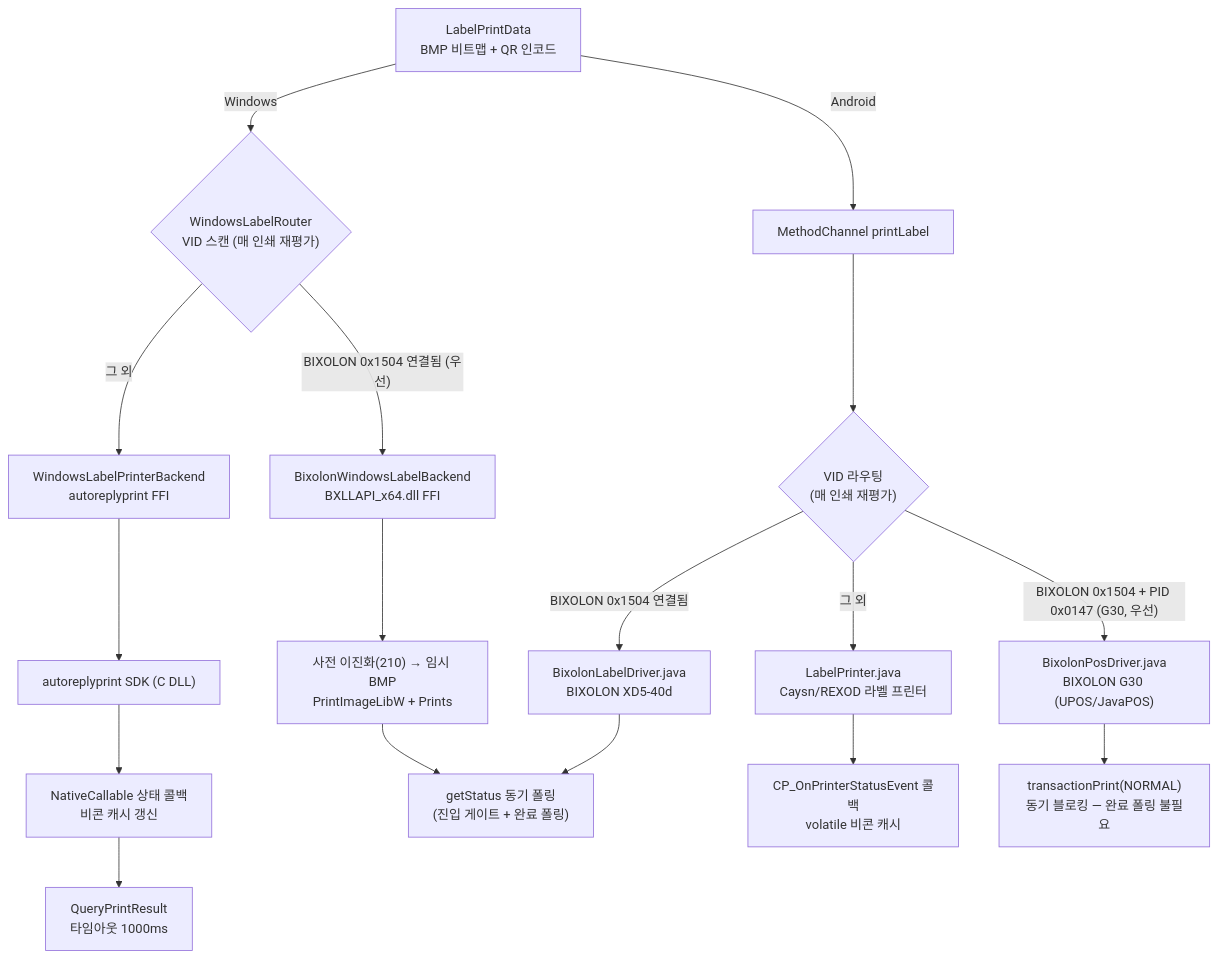
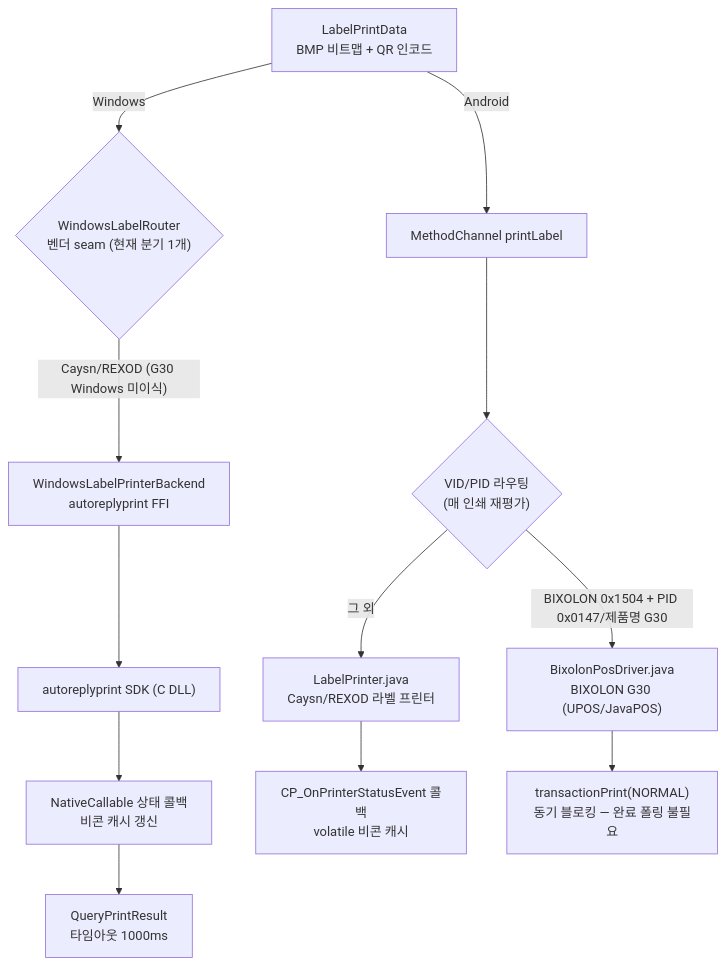
The third of 4 diagrams in docs/PRINTER_FLOW.md (waldlustpos/appfit_order_agent), drawn with Mermaid before and after one commit. The commit also changed other lines of this file and 37 other files, not shown here.

First line of the commit message:
refactor(print): BIXOLON XD5-40d 라벨프린터 지원 제거

````diff
--- a/docs/PRINTER_FLOW.md
+++ b/docs/PRINTER_FLOW.md
@@ -102,22 +102,17 @@
 ```mermaid
 flowchart TD
     LBL["LabelPrintData<br/>BMP 비트맵 + QR 인코드"]
-    LBL -->|Windows| WRT{"WindowsLabelRouter<br/>VID 스캔 (매 인쇄 재평가)"}
+    LBL -->|Windows| WRT{"WindowsLabelRouter<br/>벤더 seam (현재 분기 1개)"}
     LBL -->|Android| LMC["MethodChannel printLabel"]
 
-    WRT -->|"BIXOLON 0x1504 연결됨 (우선)"| BWB["BixolonWindowsLabelBackend<br/>BXLLAPI_x64.dll FFI"]
-    WRT -->|그 외| WB["WindowsLabelPrinterBackend<br/>autoreplyprint FFI"]
+    WRT -->|"Caysn/REXOD (G30 Windows 미이식)"| WB["WindowsLabelPrinterBackend<br/>autoreplyprint FFI"]
     WB --> FFI["autoreplyprint SDK (C DLL)"]
     FFI --> CB["NativeCallable 상태 콜백<br/>비콘 캐시 갱신"]
     CB --> QPR["QueryPrintResult<br/>타임아웃 1000ms"]
-    BWB --> BMP["사전 이진화(210) → 임시 BMP<br/>PrintImageLibW + Prints"]
-    BMP --> BST["CheckStatus 동기 폴링<br/>(진입 게이트 + 완료 폴링)"]
 
-    LMC --> RT{"VID 라우팅<br/>(매 인쇄 재평가)"}
-    RT -->|"BIXOLON 0x1504 + PID 0x0147 (G30, 우선)"| BPD["BixolonPosDriver.java<br/>BIXOLON G30 (UPOS/JavaPOS)"]
-    RT -->|"BIXOLON 0x1504 연결됨"| BXD["BixolonLabelDriver.java<br/>BIXOLON XD5-40d"]
+    LMC --> RT{"VID/PID 라우팅<br/>(매 인쇄 재평가)"}
+    RT -->|"BIXOLON 0x1504 + PID 0x0147/제품명 G30"| BPD["BixolonPosDriver.java<br/>BIXOLON G30 (UPOS/JavaPOS)"]
     RT -->|그 외| LJ["LabelPrinter.java<br/>Caysn/REXOD 라벨 프린터"]
     LJ --> LCB["CP_OnPrinterStatusEvent 콜백<br/>volatile 비콘 캐시"]
-    BXD --> BST["getStatus 동기 폴링<br/>(진입 게이트 + 완료 폴링)"]
     BPD --> BTX["transactionPrint(NORMAL)<br/>동기 블로킹 — 완료 폴링 불필요"]
 ```
````
